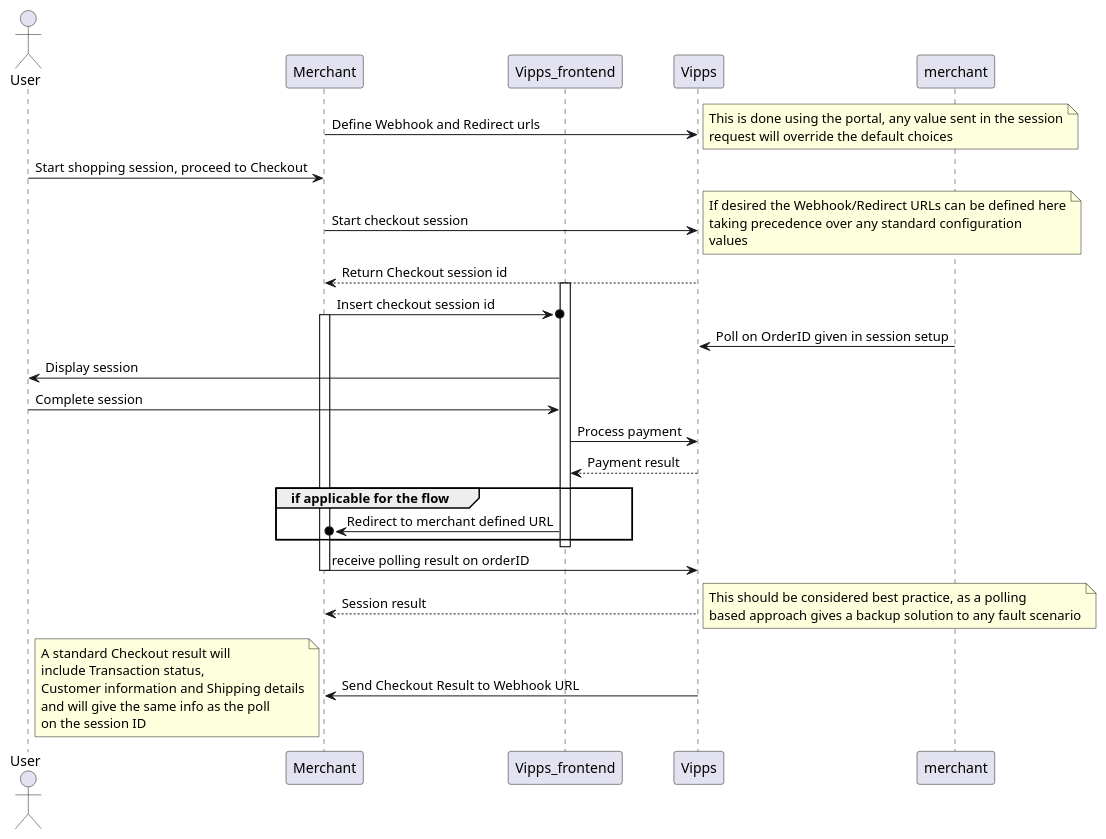
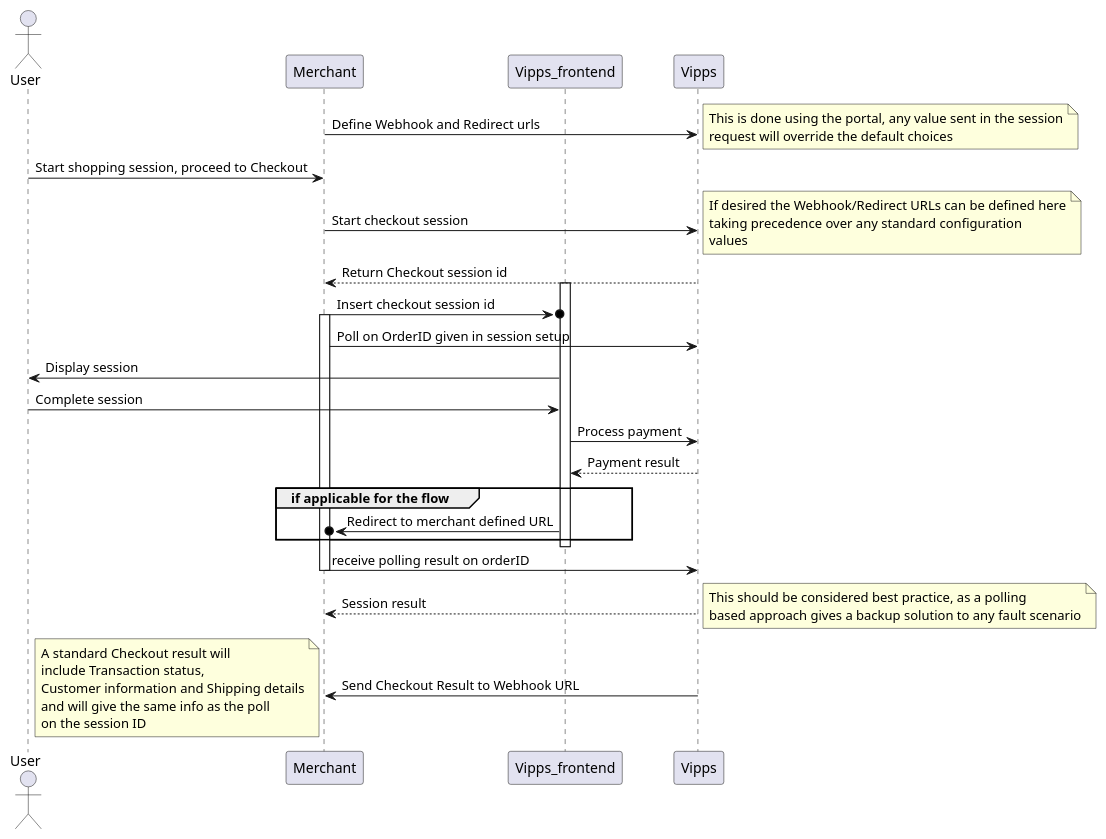
Before and after one commit to vippsas/vipps-checkout: the diagram in resources/standard_flow.puml, drawn with PlantUML. The commit also changed 2 other files, not shown here.

```diff
--- a/resources/standard_flow.puml
+++ b/resources/standard_flow.puml
@@ -1,63 +1,63 @@
 @startuml
 
 Actor User
 participant Merchant
 participant Vipps_frontend
 participant Vipps
 
 Merchant -> Vipps : Define Webhook and Redirect urls
 
 note right
 This is done using the portal, any value sent in the session
 request will override the default choices
 end note
 
 User -> Merchant : Start shopping session, proceed to Checkout
 Merchant -> Vipps : Start checkout session
 
 note right 
 If desired the Webhook/Redirect URLs can be defined here
 taking precedence over any standard configuration
 values  
 end note
 
 Vipps --> Merchant : Return Checkout session id
 activate Vipps_frontend
 Merchant ->o Vipps_frontend: Insert checkout session id
 
 activate Merchant
-merchant -> Vipps : Poll on OrderID given in session setup
+Merchant -> Vipps : Poll on OrderID given in session setup
 Vipps_frontend -> User : Display session
 User -> Vipps_frontend : Complete session
 Vipps_frontend -> Vipps : Process payment
 Vipps --> Vipps_frontend : Payment result
 
 group if applicable for the flow
 Vipps_frontend ->o Merchant : Redirect to merchant defined URL
 end
 deactivate Vipps_frontend
 
 Merchant -> Vipps: receive polling result on orderID
 deactivate Merchant
 
 Vipps --> Merchant : Session result
 
 note right
 This should be considered best practice, as a polling
 based approach gives a backup solution to any fault scenario
 end note
 
 Vipps -> Merchant : Send Checkout Result to Webhook URL
 
 note left
 A standard Checkout result will 
 include Transaction status,
 Customer information and Shipping details
 and will give the same info as the poll
 on the session ID
 end note
 
 deactivate Vipps_frontend
 
 
 @enduml
```
